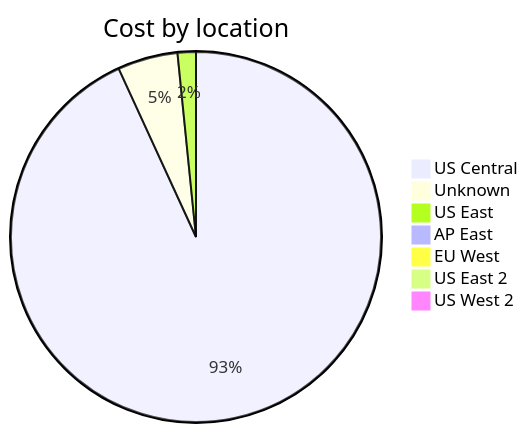
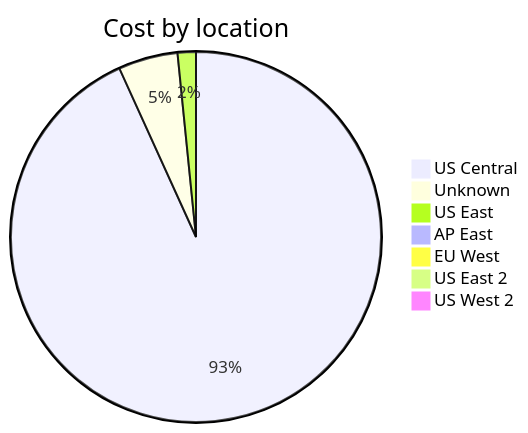
Before and after one commit to jpfulton/azure-personal-reports: the third of 4 diagrams in cost-reports/accumulated-cost.md, drawn with Mermaid. The commit also changed other lines of this file and 4 other files, not shown here.

````diff
--- a/cost-reports/accumulated-cost.md
+++ b/cost-reports/accumulated-cost.md
@@ -123,11 +123,11 @@
 ```mermaid
 pie
    title Cost by location
-   "US Central" : 4.08
-   "Unknown" : 0.23
-   "US East" : 0.07
+   "US Central" : 4.67
+   "Unknown" : 0.26
+   "US East" : 0.08
    "AP East" : 0.00
    "EU West" : 0.00
    "US East 2" : 0.00
    "US West 2" : 0.00
 ```
````
